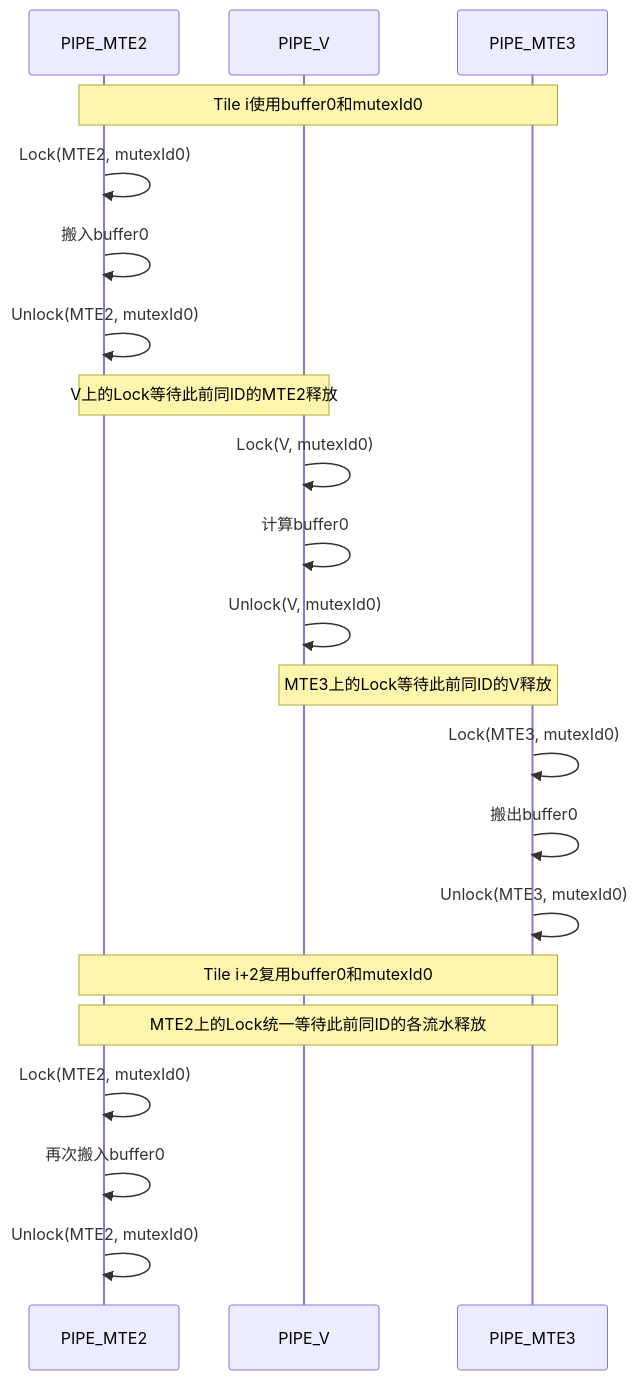
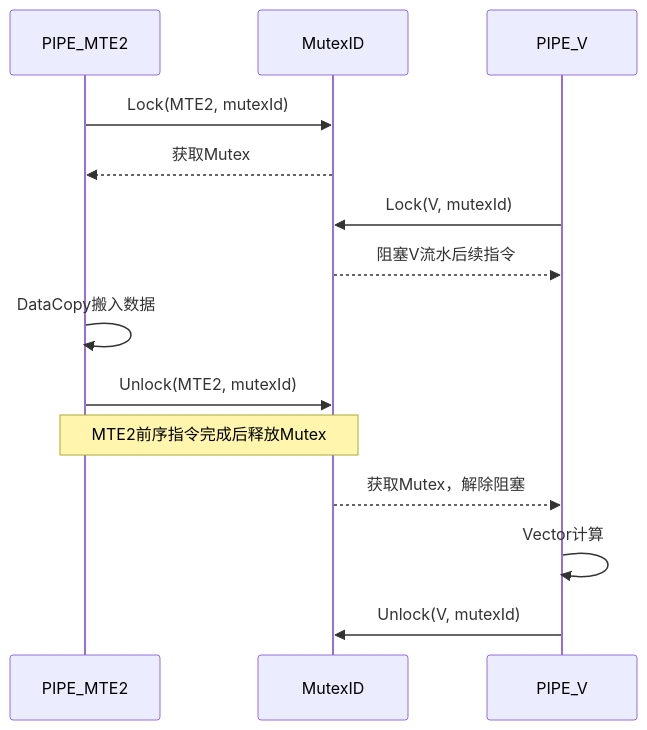
Before and after one commit to qingshangyan12/asc-devkit_clone: the third of 3 diagrams in docs/zh/guide/operator_practice/simd_operator_impl/vector_programming/mutex_multi_pipeline_sync.md, drawn with Mermaid. The commit also changed other lines of this file, not shown here.

Commit message:
更新简化后的示意图

````diff
--- a/docs/zh/guide/operator_practice/simd_operator_impl/vector_programming/mutex_multi_pipeline_sync.md
+++ b/docs/zh/guide/operator_practice/simd_operator_impl/vector_programming/mutex_multi_pipeline_sync.md
@@ -128,23 +124,16 @@
 ```mermaid
 sequenceDiagram
     participant MTE2 as PIPE_MTE2
+    participant Mutex as MutexID
     participant V as PIPE_V
-    participant MTE3 as PIPE_MTE3
-    Note over MTE2,MTE3: Tile i使用buffer0和mutexId0
-    MTE2->>MTE2: Lock(MTE2, mutexId0)
-    MTE2->>MTE2: 搬入buffer0
-    MTE2->>MTE2: Unlock(MTE2, mutexId0)
-    Note over MTE2,V: V上的Lock等待此前同ID的MTE2释放
-    V->>V: Lock(V, mutexId0)
-    V->>V: 计算buffer0
-    V->>V: Unlock(V, mutexId0)
-    Note over V,MTE3: MTE3上的Lock等待此前同ID的V释放
-    MTE3->>MTE3: Lock(MTE3, mutexId0)
-    MTE3->>MTE3: 搬出buffer0
-    MTE3->>MTE3: Unlock(MTE3, mutexId0)
-    Note over MTE2,MTE3: Tile i+2复用buffer0和mutexId0
-    Note over MTE2,MTE3: MTE2上的Lock统一等待此前同ID的各流水释放
-    MTE2->>MTE2: Lock(MTE2, mutexId0)
-    MTE2->>MTE2: 再次搬入buffer0
-    MTE2->>MTE2: Unlock(MTE2, mutexId0)
+    MTE2->>Mutex: Lock(MTE2, mutexId)
+    Mutex-->>MTE2: 获取Mutex
+    V->>Mutex: Lock(V, mutexId)
+    Mutex-->>V: 阻塞V流水后续指令
+    MTE2->>MTE2: DataCopy搬入数据
+    MTE2->>Mutex: Unlock(MTE2, mutexId)
+    Note over MTE2,Mutex: MTE2前序指令完成后释放Mutex
+    Mutex-->>V: 获取Mutex，解除阻塞
+    V->>V: Vector计算
+    V->>Mutex: Unlock(V, mutexId)
 ```
````
